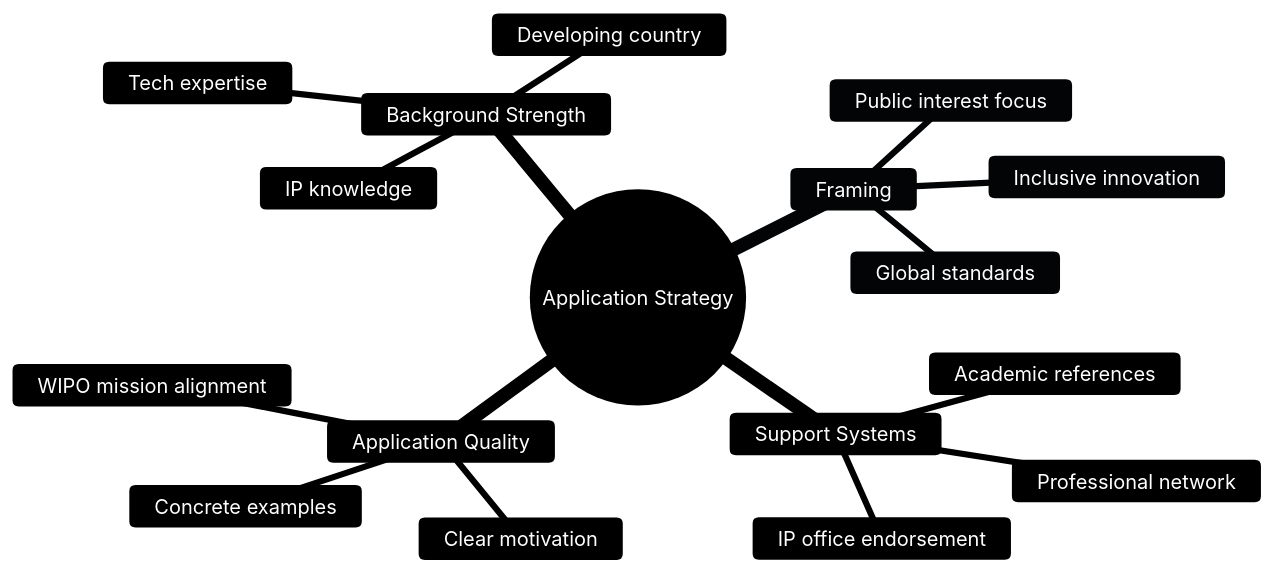
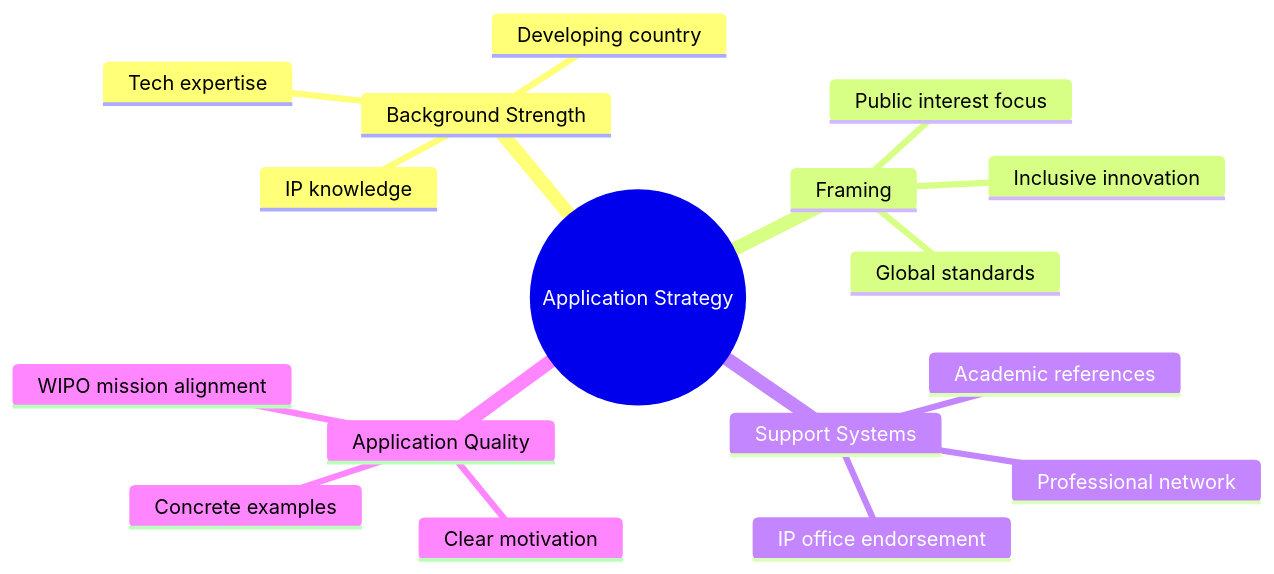
The seventh of 9 diagrams in News/WIPO-International-Fellowship.md (rsrini7/Learnings), drawn with Mermaid before and after one commit.

Commit message:
docs(News): remove mermaid theme config from WIPO fellowship doc

````diff
--- a/News/WIPO-International-Fellowship.md
+++ b/News/WIPO-International-Fellowship.md
@@ -510,22 +510,20 @@
 ```mermaid
 mindmap
   root((Application Strategy))
     Background Strength
       Tech expertise
       IP knowledge
       Developing country
     Framing
       Public interest focus
       Global standards
       Inclusive innovation
     Support Systems
       IP office endorsement
       Academic references
       Professional network
     Application Quality
       Clear motivation
       WIPO mission alignment
       Concrete examples
-
-%%{init: {'theme':'base', 'themeVariables': { 'primaryColor':'#0F172A','primaryTextColor':'#fff','primaryBorderColor':'#38BDF8','lineColor':'#64748B','secondaryColor':'#1E293B','tertiaryColor':'#334155'}}}%%
 ```
````
